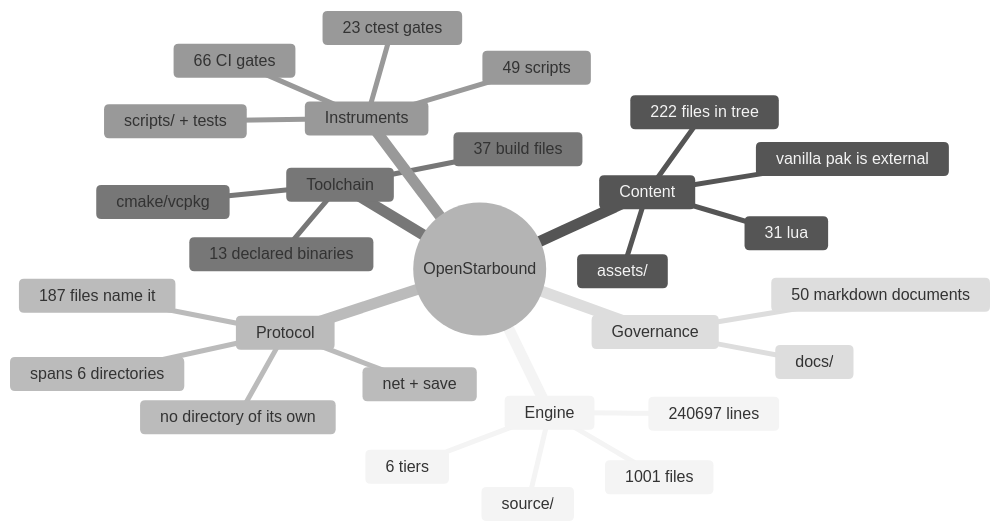
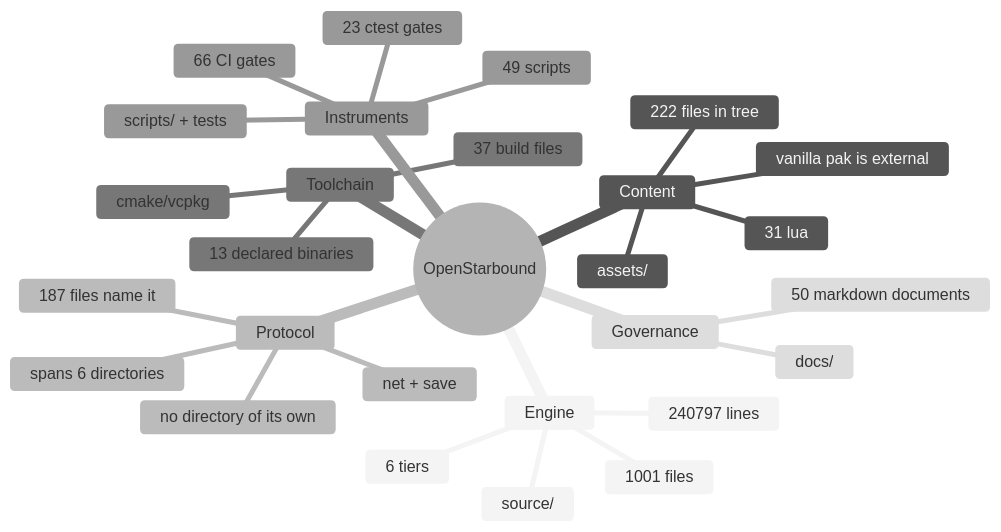
The second of 11 diagrams in docs/architecture/system-boundaries.md (apnex/OpenStarbound), drawn with Mermaid (neutral theme) before and after one commit. The commit also changed other lines of this file and 1 other file, not shown here.

````diff
--- a/docs/architecture/system-boundaries.md
+++ b/docs/architecture/system-boundaries.md
@@ -166,31 +166,31 @@
 ```mermaid
 mindmap
   root((OpenStarbound))
     Engine
       source/
       1001 files
-      240697 lines
+      240797 lines
       6 tiers
     Content
       assets/
       222 files in tree
       31 lua
       vanilla pak is external
     Protocol
       net + save
       187 files name it
       spans 6 directories
       no directory of its own
     Toolchain
       cmake/vcpkg
       37 build files
       13 declared binaries
     Instruments
       scripts/ + tests
       49 scripts
       23 ctest gates
       66 CI gates
     Governance
       docs/
       50 markdown documents
 ```
````
